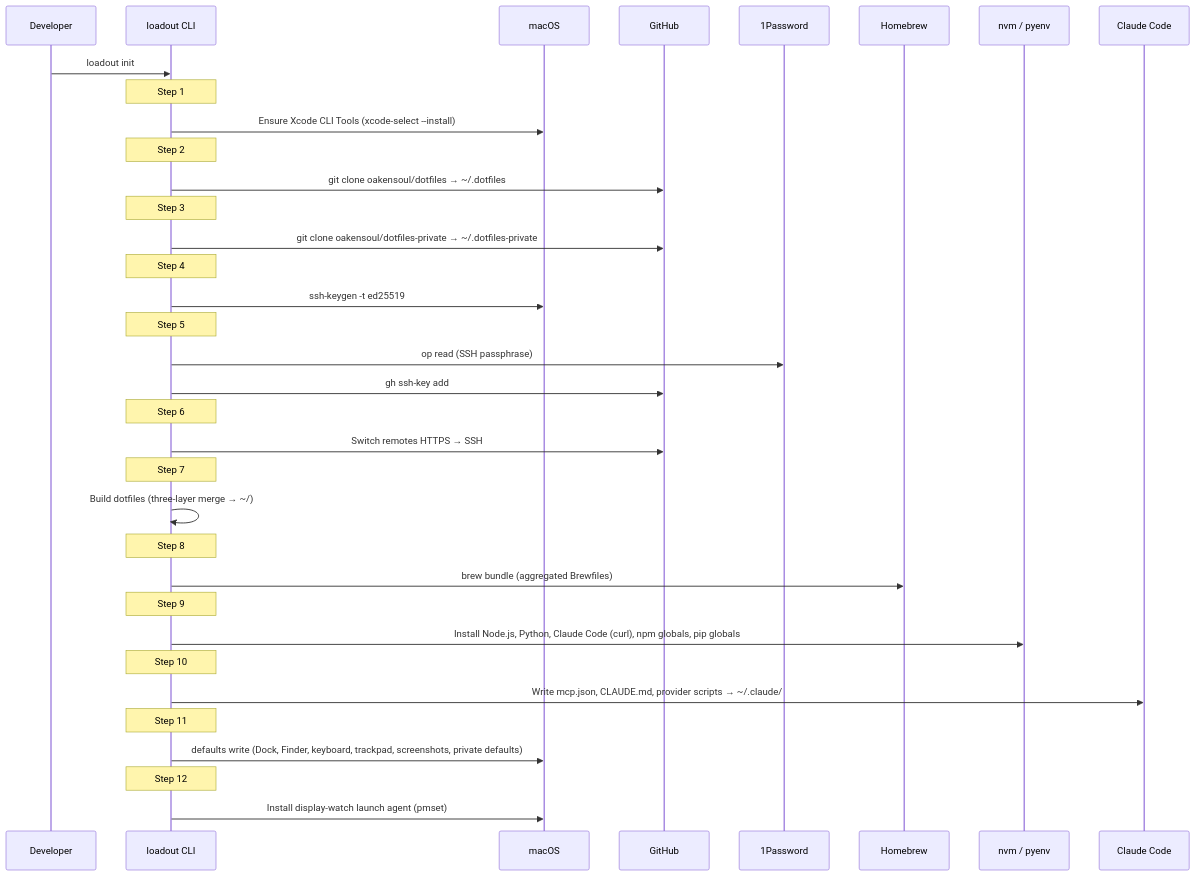
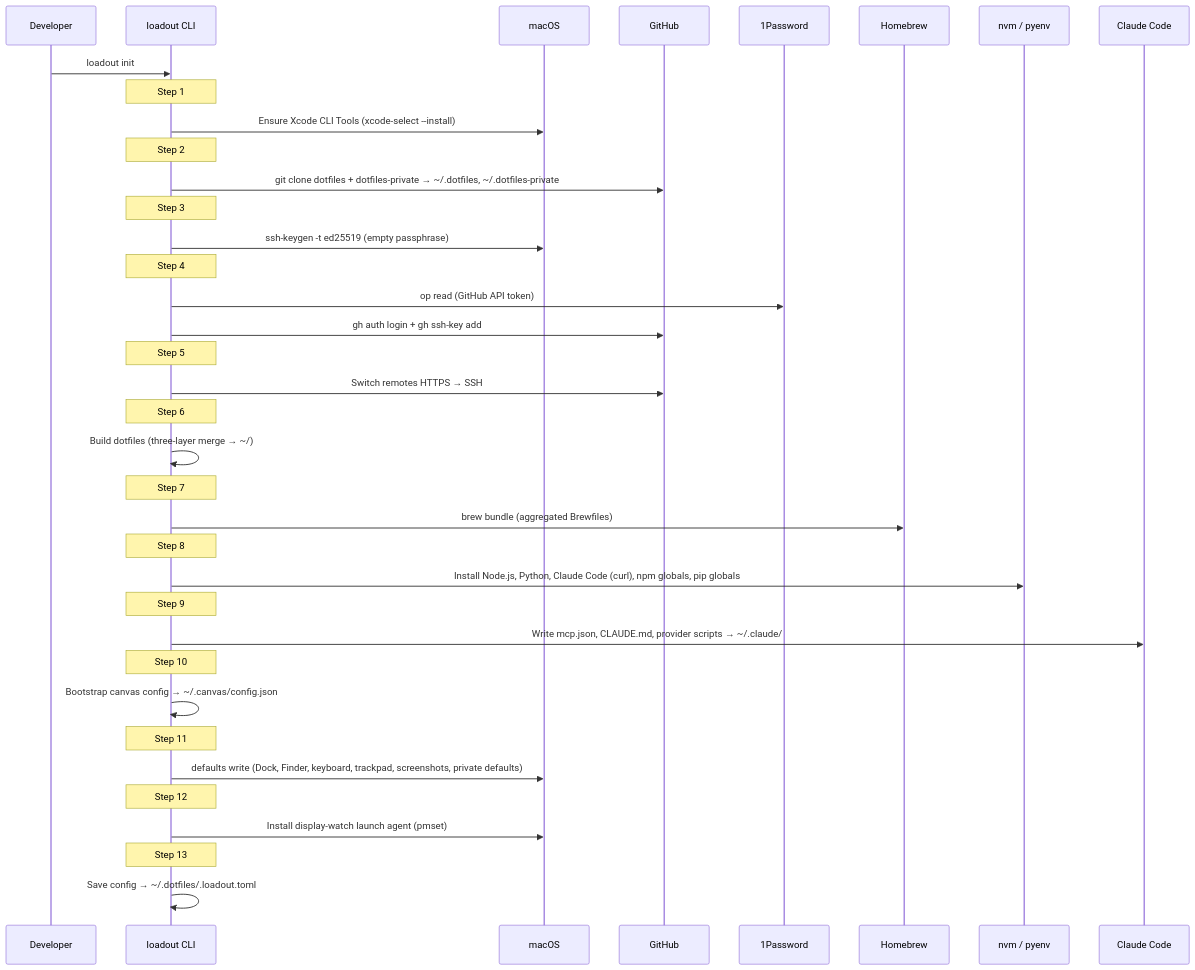
The fourth of 7 diagrams in docs/architecture/README.md (oakensoul/dotfiles), drawn with Mermaid before and after one commit. The commit also changed other lines of this file and 3 other files, not shown here.

````diff
--- a/docs/architecture/README.md
+++ b/docs/architecture/README.md
@@ -162,49 +162,52 @@
 ```mermaid
 sequenceDiagram
     participant Dev as Developer
     participant LO as loadout CLI
     participant macOS as macOS
     participant GH as GitHub
     participant OP as 1Password
     participant HB as Homebrew
     participant NVM as nvm / pyenv
     participant CC as Claude Code
 
     Dev->>LO: loadout init
     Note over LO: Step 1
     LO->>macOS: Ensure Xcode CLI Tools (xcode-select --install)
 
     Note over LO: Step 2
-    LO->>GH: git clone oakensoul/dotfiles → ~/.dotfiles
+    LO->>GH: git clone dotfiles + dotfiles-private → ~/.dotfiles, ~/.dotfiles-private
 
     Note over LO: Step 3
-    LO->>GH: git clone oakensoul/dotfiles-private → ~/.dotfiles-private
+    LO->>macOS: ssh-keygen -t ed25519 (empty passphrase)
 
     Note over LO: Step 4
-    LO->>macOS: ssh-keygen -t ed25519
+    LO->>OP: op read (GitHub API token)
+    LO->>GH: gh auth login + gh ssh-key add
 
     Note over LO: Step 5
-    LO->>OP: op read (SSH passphrase)
-    LO->>GH: gh ssh-key add
+    LO->>GH: Switch remotes HTTPS → SSH
 
     Note over LO: Step 6
-    LO->>GH: Switch remotes HTTPS → SSH
+    LO->>LO: Build dotfiles (three-layer merge → ~/)
 
     Note over LO: Step 7
-    LO->>LO: Build dotfiles (three-layer merge → ~/)
+    LO->>HB: brew bundle (aggregated Brewfiles)
 
     Note over LO: Step 8
-    LO->>HB: brew bundle (aggregated Brewfiles)
+    LO->>NVM: Install Node.js, Python, Claude Code (curl), npm globals, pip globals
 
     Note over LO: Step 9
-    LO->>NVM: Install Node.js, Python, Claude Code (curl), npm globals, pip globals
+    LO->>CC: Write mcp.json, CLAUDE.md, provider scripts → ~/.claude/
 
     Note over LO: Step 10
-    LO->>CC: Write mcp.json, CLAUDE.md, provider scripts → ~/.claude/
+    LO->>LO: Bootstrap canvas config → ~/.canvas/config.json
 
     Note over LO: Step 11
     LO->>macOS: defaults write (Dock, Finder, keyboard, trackpad, screenshots, private defaults)
 
     Note over LO: Step 12
     LO->>macOS: Install display-watch launch agent (pmset)
+
+    Note over LO: Step 13
+    LO->>LO: Save config → ~/.dotfiles/.loadout.toml
 ```
````
